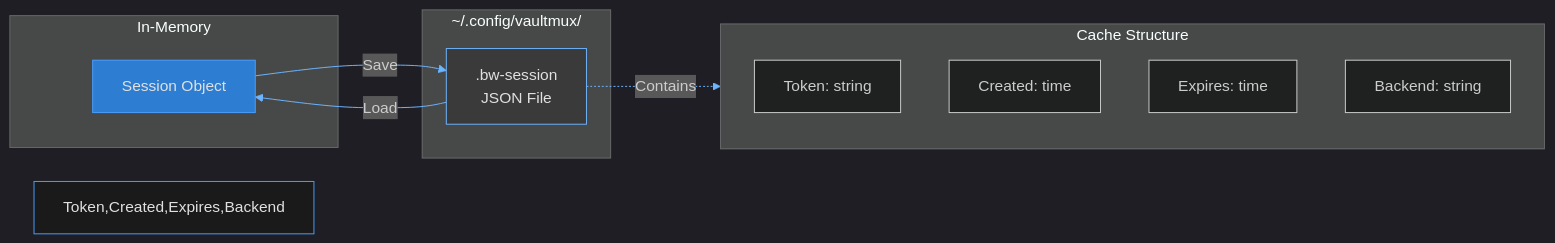
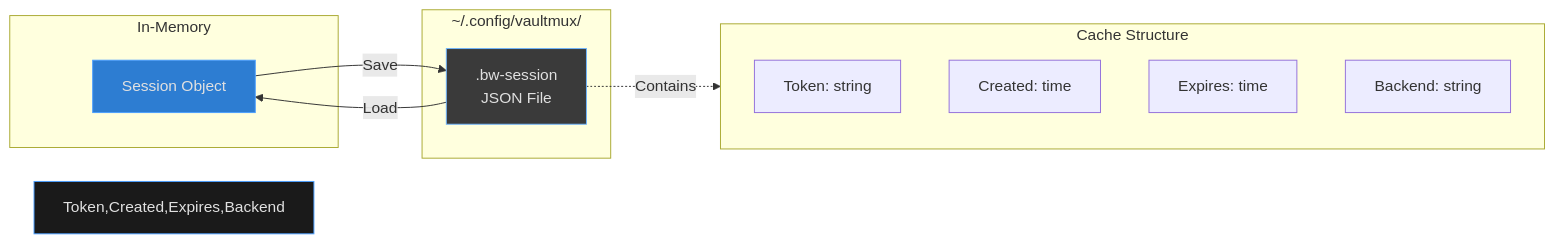
Before and after one commit to blackwell-systems/vaultmux: the fourth of 11 diagrams in docs/ARCHITECTURE.md, drawn with Mermaid. The commit also changed other lines of this file and 1 other file, not shown here.

First line of the commit message:
fix: Remove inline mermaid theme config to fix diagram rendering

````diff
--- a/docs/ARCHITECTURE.md
+++ b/docs/ARCHITECTURE.md
@@ -333,26 +330,25 @@
 ```mermaid
-%%{init: {'theme':'dark', 'themeVariables': { 'primaryColor':'#4a9eff','primaryTextColor':'#e0e0e0','primaryBorderColor':'#4a9eff','lineColor':'#6eb5ff','secondaryColor':'#2d7dd2','tertiaryColor':'#3a3a3a'}}}%%
 graph LR
     subgraph Memory["In-Memory"]
         Sess[Session Object]
     end
 
     subgraph Disk["~/.config/vaultmux/"]
         Cache[.bw-session<br/>JSON File]
     end
 
     subgraph CacheData["Cache Structure"]
         Token[Token: string]
         Created[Created: time]
         Expires[Expires: time]
         Backend[Backend: string]
     end
 
     Sess -->|Save| Cache
     Cache -->|Load| Sess
     Cache -.->|Contains| CacheData
 
     style Sess fill:#2d7dd2,stroke:#4a9eff,color:#e0e0e0
     style Cache fill:#3a3a3a,stroke:#6eb5ff,color:#e0e0e0
     style Token,Created,Expires,Backend fill:#1a1a1a,stroke:#4a9eff,color:#e0e0e0
 ```
````
